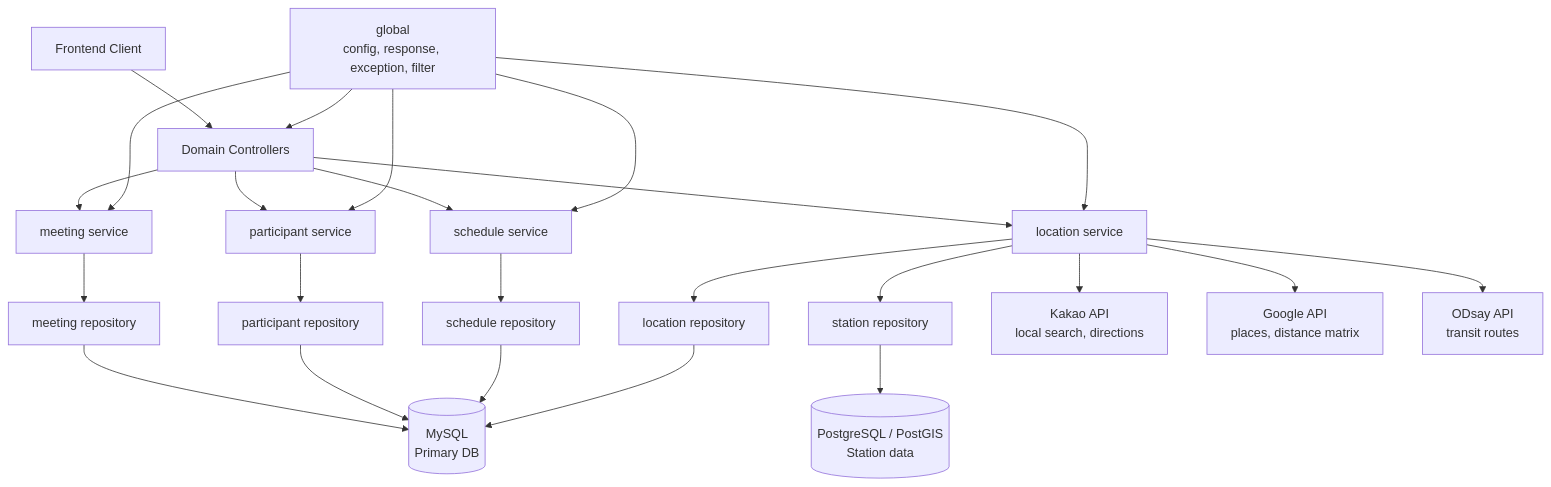
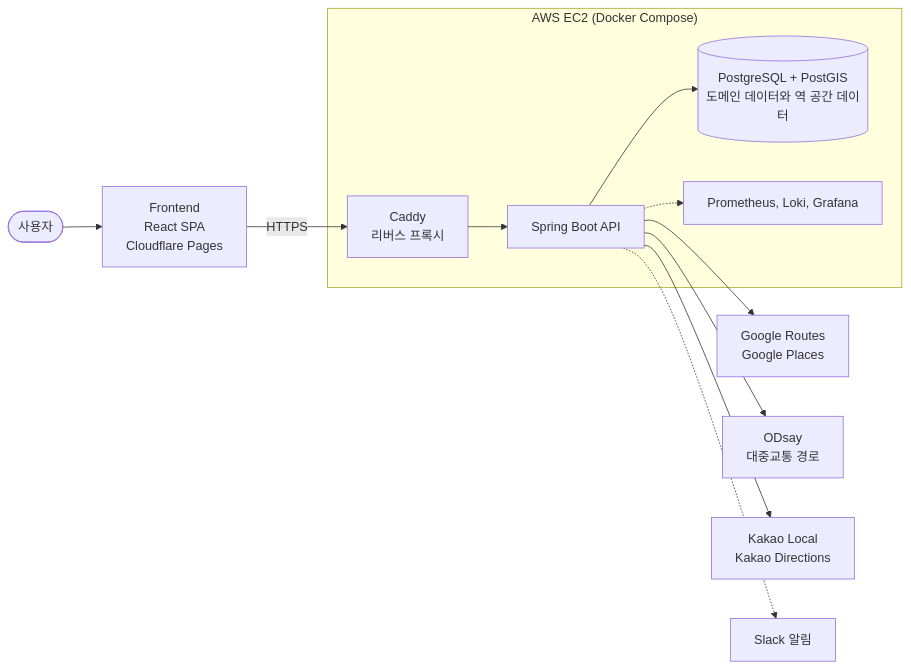
One commit to hyunolike/moyeorak changed the diagram in README.md. Above: the diagram before and after it, drawn with Mermaid. The commit also changed other lines of this file and 6 other files, not shown here.

````diff
--- a/README.md
+++ b/README.md
@@ -106,32 +88,16 @@
 ```mermaid
-flowchart TD
-    Client[Frontend Client] --> Controllers[Domain Controllers]
+flowchart LR
+    User(["사용자"]) --> FE["Frontend<br/>React SPA<br/>Cloudflare Pages"]
+    FE -->|HTTPS| Caddy
 
-    Controllers --> MeetingService[meeting service]
-    Controllers --> ParticipantService[participant service]
-    Controllers --> ScheduleService[schedule service]
-    Controllers --> LocationService[location service]
+    subgraph EC2["AWS EC2 (Docker Compose)"]
+        Caddy["Caddy<br/>리버스 프록시"] --> API["Spring Boot API"]
+        API --> DB[("PostgreSQL + PostGIS<br/>도메인 데이터와 역 공간 데이터")]
+        API -.-> MON["Prometheus, Loki, Grafana"]
+    end
 
-    MeetingService --> MeetingRepo[meeting repository]
-    ParticipantService --> ParticipantRepo[participant repository]
-    ScheduleService --> ScheduleRepo[schedule repository]
-    LocationService --> LocationRepo[location repository]
-
-    MeetingRepo --> MySQL[("MySQL<br/>Primary DB")]
-    ParticipantRepo --> MySQL
-    ScheduleRepo --> MySQL
-    LocationRepo --> MySQL
-
-    LocationService --> StationRepo[station repository]
-    StationRepo --> PostGIS[("PostgreSQL / PostGIS<br/>Station data")]
-
-    LocationService --> Kakao["Kakao API<br/>local search, directions"]
-    LocationService --> Google["Google API<br/>places, distance matrix"]
-    LocationService --> Odsay["ODsay API<br/>transit routes"]
-
-    Global["global<br/>config, response, exception, filter"] --> Controllers
-    Global --> MeetingService
-    Global --> ParticipantService
-    Global --> ScheduleService
-    Global --> LocationService
+    API --> Google["Google Routes<br/>Google Places"]
+    API --> Odsay["ODsay<br/>대중교통 경로"]
+    API --> Kakao["Kakao Local<br/>Kakao Directions"]
+    API -.-> Slack["Slack 알림"]
 ```
````
